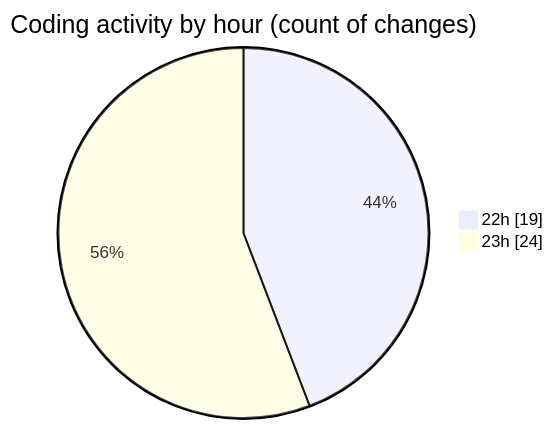
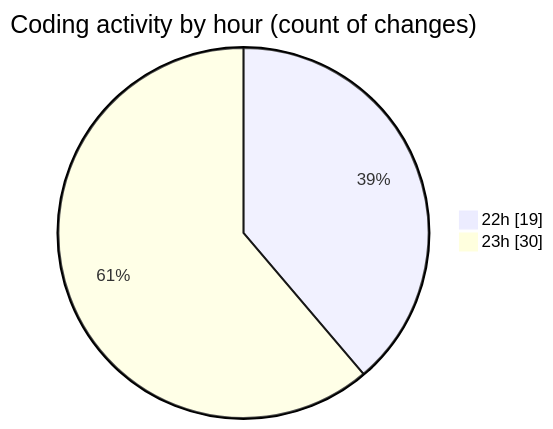
One commit to lephambinh05/code-tracking changed the second of 2 diagrams in 2025-08-20/napxuvn/README.md. Above: the diagram before and after it, drawn with Mermaid. The commit also changed other lines of this file and 1 other file, not shown here.

````diff
--- a/2025-08-20/napxuvn/README.md
+++ b/2025-08-20/napxuvn/README.md
@@ -38,6 +38,6 @@
 ```mermaid
 pie showData
 title Coding activity by hour (count of changes)
 "22h" : 19
-"23h" : 24
+"23h" : 30
 ```
````
